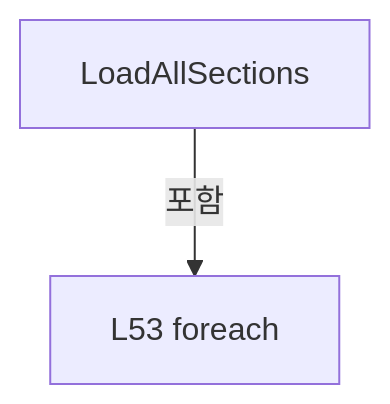
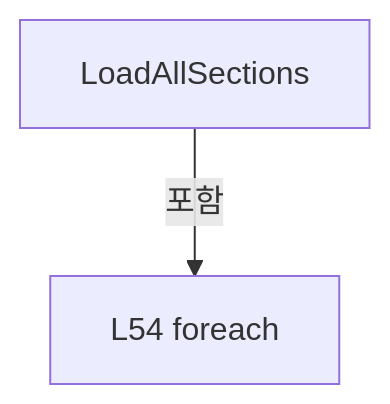
Before and after one commit to kjuws10-rgb/Shared: the third of 11 diagrams in A3 LD Code Ref/files/Drilling.Common/Managers/CSettingManager.cs.md, drawn with Mermaid. The commit also changed other lines of this file and 2071 other files, not shown here.

Commit message:
docs(a3): update 11.19.0 architecture and code reference

````diff
--- a/A3 LD Code Ref/files/Drilling.Common/Managers/CSettingManager.cs.md
+++ b/A3 LD Code Ref/files/Drilling.Common/Managers/CSettingManager.cs.md
@@ -569,6 +569,6 @@
 ```mermaid
 flowchart TD
  M["LoadAllSections"]
- N0["L53 foreach"]
+ N0["L54 foreach"]
  M -->|포함| N0
 ```
````
